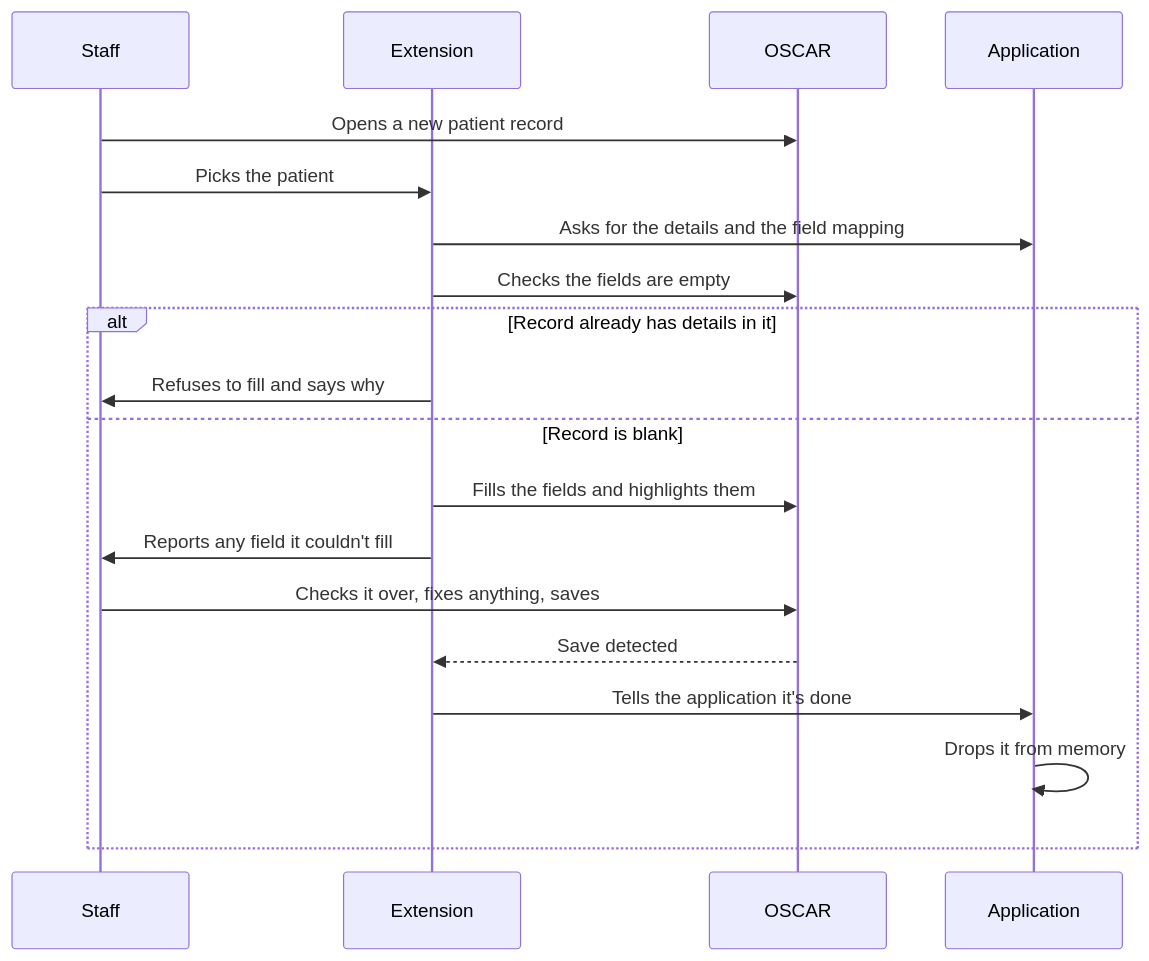
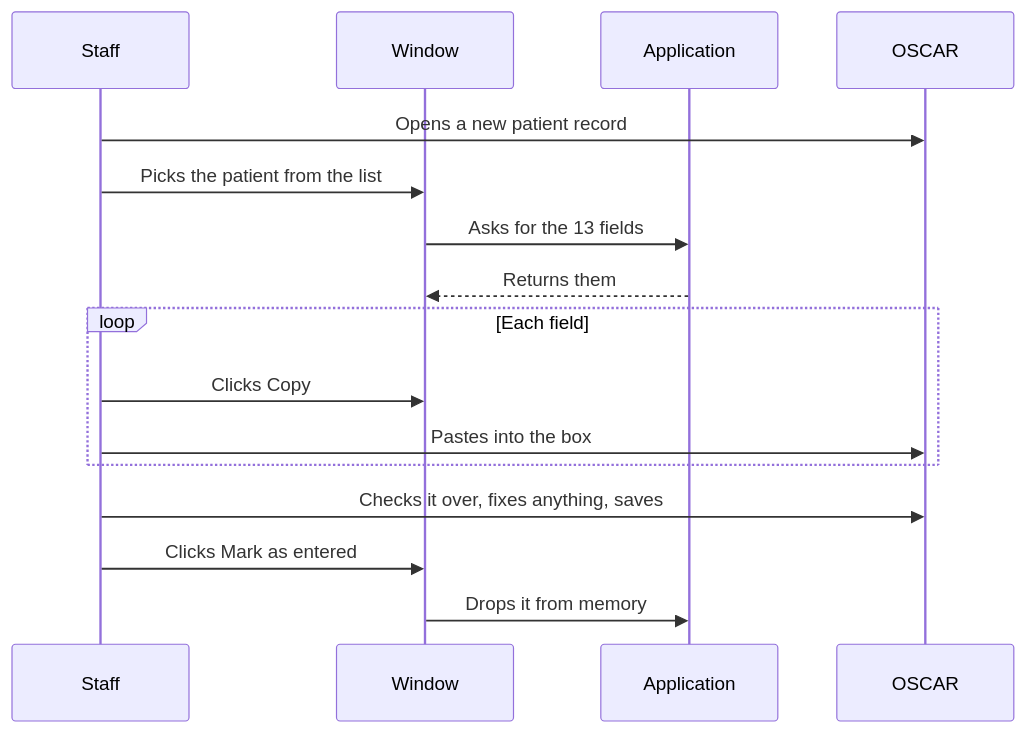
The third of 3 diagrams in docs/design.md (Vishnu373/asmart-autofill), drawn with Mermaid before and after one commit. The commit also changed other lines of this file and 68 other files, not shown here.

````diff
--- a/docs/design.md
+++ b/docs/design.md
@@ -164,23 +160,21 @@
 ```mermaid
 sequenceDiagram
     participant St as Staff
-    participant E as Extension
+    participant W as Window
+    participant A as Application
     participant O as OSCAR
-    participant A as Application
 
     St->>O: Opens a new patient record
-    St->>E: Picks the patient
-    E->>A: Asks for the details and the field mapping
-    E->>O: Checks the fields are empty
+    St->>W: Picks the patient from the list
+    W->>A: Asks for the 13 fields
+    A-->>W: Returns them
 
-    alt Record already has details in it
-        E->>St: Refuses to fill and says why
-    else Record is blank
-        E->>O: Fills the fields and highlights them
-        E->>St: Reports any field it couldn't fill
-        St->>O: Checks it over, fixes anything, saves
-        O-->>E: Save detected
-        E->>A: Tells the application it's done
-        A->>A: Drops it from memory
+    loop Each field
+        St->>W: Clicks Copy
+        St->>O: Pastes into the box
     end
+
+    St->>O: Checks it over, fixes anything, saves
+    St->>W: Clicks Mark as entered
+    W->>A: Drops it from memory
 ```
````
